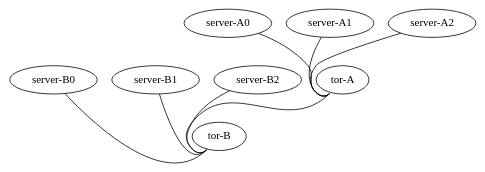
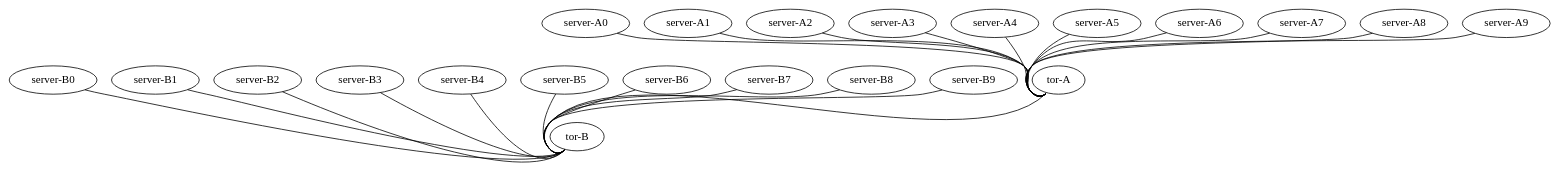
Before and after one commit to datacompucrs/DataCenter-1: the diagram in Vagrant/Get_Started/topology.dot, drawn with Graphviz. The commit also changed 3 other files, not shown here.

```diff
--- a/Vagrant/Get_Started/topology.dot
+++ b/Vagrant/Get_Started/topology.dot
@@ -1,20 +1,48 @@
 graph vx {
-"tor-A" [function="leaf" vagrant="eth1" os="hashicorp/bionic64" version="1.0.282" memory="" config="./helper_scripts/config_production_switch.sh" ]
-"server-A0" [function="host" vagrant="eth3" os="hashicorp/bionic64" version="1.0.282" memory="" config="./helper_scripts/config_production_server.sh" ]
-"server-A1" [function="host" vagrant="eth3" os="hashicorp/bionic64" version="1.0.282" memory="" config="./helper_scripts/config_production_server.sh" ]
-"server-A2" [function="host" vagrant="eth3" os="hashicorp/bionic64" version="1.0.282" memory="" config="./helper_scripts/config_production_server.sh" ]
+"tor-A" [function="leaf" vagrant="eth1" os="hashicorp/bionic64" version="1.0.282" memory="500" config="./helper_scripts/config_production_switch.sh" ]
+"server-A0" [function="host" vagrant="eth3" os="hashicorp/bionic64" version="1.0.282" memory="500" config="./helper_scripts/config_production_server.sh" ]
+"server-A1" [function="host" vagrant="eth3" os="hashicorp/bionic64" version="1.0.282" memory="500" config="./helper_scripts/config_production_server.sh" ]
+"server-A2" [function="host" vagrant="eth3" os="hashicorp/bionic64" version="1.0.282" memory="500" config="./helper_scripts/config_production_server.sh" ]
+"server-A3" [function="host" vagrant="eth3" os="hashicorp/bionic64" version="1.0.282" memory="500" config="./helper_scripts/config_production_server.sh" ]
+"server-A4" [function="host" vagrant="eth3" os="hashicorp/bionic64" version="1.0.282" memory="500" config="./helper_scripts/config_production_server.sh" ]
+"server-A5" [function="host" vagrant="eth3" os="hashicorp/bionic64" version="1.0.282" memory="500" config="./helper_scripts/config_production_server.sh" ]
+"server-A6" [function="host" vagrant="eth3" os="hashicorp/bionic64" version="1.0.282" memory="500" config="./helper_scripts/config_production_server.sh" ]
+"server-A7" [function="host" vagrant="eth3" os="hashicorp/bionic64" version="1.0.282" memory="500" config="./helper_scripts/config_production_server.sh" ]
+"server-A8" [function="host" vagrant="eth3" os="hashicorp/bionic64" version="1.0.282" memory="500" config="./helper_scripts/config_production_server.sh" ]
+"server-A9" [function="host" vagrant="eth3" os="hashicorp/bionic64" version="1.0.282" memory="500" config="./helper_scripts/config_production_server.sh" ]
 
-"tor-B" [function="leaf" vagrant="eth1" os="hashicorp/bionic64" version="1.0.282" memory="" config="./helper_scripts/config_production_switch.sh" ]
-"server-B0" [function="host" vagrant="eth3" os="hashicorp/bionic64" version="1.0.282" memory="" config="./helper_scripts/config_production_server.sh" ]
-"server-B1" [function="host" vagrant="eth3" os="hashicorp/bionic64" version="1.0.282" memory="" config="./helper_scripts/config_production_server.sh" ]
-"server-B2" [function="host" vagrant="eth3" os="hashicorp/bionic64" version="1.0.282" memory="" config="./helper_scripts/config_production_server.sh" ]
+"tor-B" [function="leaf" vagrant="eth1" os="hashicorp/bionic64" version="1.0.282" memory="500" config="./helper_scripts/config_production_switch.sh" ]
+"server-B0" [function="host" vagrant="eth3" os="hashicorp/bionic64" version="1.0.282" memory="500" config="./helper_scripts/config_production_server.sh" ]
+"server-B1" [function="host" vagrant="eth3" os="hashicorp/bionic64" version="1.0.282" memory="500" config="./helper_scripts/config_production_server.sh" ]
+"server-B2" [function="host" vagrant="eth3" os="hashicorp/bionic64" version="1.0.282" memory="500" config="./helper_scripts/config_production_server.sh" ]
+"server-B3" [function="host" vagrant="eth3" os="hashicorp/bionic64" version="1.0.282" memory="500" config="./helper_scripts/config_production_server.sh" ]
+"server-B4" [function="host" vagrant="eth3" os="hashicorp/bionic64" version="1.0.282" memory="500" config="./helper_scripts/config_production_server.sh" ]
+"server-B5" [function="host" vagrant="eth3" os="hashicorp/bionic64" version="1.0.282" memory="500" config="./helper_scripts/config_production_server.sh" ]
+"server-B6" [function="host" vagrant="eth3" os="hashicorp/bionic64" version="1.0.282" memory="500" config="./helper_scripts/config_production_server.sh" ]
+"server-B7" [function="host" vagrant="eth3" os="hashicorp/bionic64" version="1.0.282" memory="500" config="./helper_scripts/config_production_server.sh" ]
+"server-B8" [function="host" vagrant="eth3" os="hashicorp/bionic64" version="1.0.282" memory="500" config="./helper_scripts/config_production_server.sh" ]
+"server-B9" [function="host" vagrant="eth3" os="hashicorp/bionic64" version="1.0.282" memory="500" config="./helper_scripts/config_production_server.sh" ]
 
 "tor-A":"swp50" -- "tor-B":"swp49"
 
 "server-A0":"eth1" -- "tor-A":"swp1" [left_mac="00:01:00:11:11:01"]
 "server-A1":"eth1" -- "tor-A":"swp2" [left_mac="00:01:00:22:22:02"]
 "server-A2":"eth1" -- "tor-A":"swp3" [left_mac="00:01:00:33:33:03"]
+"server-A3":"eth1" -- "tor-A":"swp4" [left_mac="00:01:00:44:44:04"]
+"server-A4":"eth1" -- "tor-A":"swp5" [left_mac="00:01:00:55:55:05"]
+"server-A5":"eth1" -- "tor-A":"swp6" [left_mac="00:01:00:66:66:06"]
+"server-A6":"eth1" -- "tor-A":"swp7" [left_mac="00:01:00:77:77:07"]
+"server-A7":"eth1" -- "tor-A":"swp8" [left_mac="00:01:00:88:88:08"]
+"server-A8":"eth1" -- "tor-A":"swp9" [left_mac="00:01:00:99:99:09"]
+"server-A9":"eth1" -- "tor-A":"swp10" [left_mac="00:01:00:1010:1010:010"]
 "server-B0":"eth1" -- "tor-B":"swp1" [left_mac="00:02:00:11:11:01"]
 "server-B1":"eth1" -- "tor-B":"swp2" [left_mac="00:02:00:22:22:02"]
 "server-B2":"eth1" -- "tor-B":"swp3" [left_mac="00:02:00:33:33:03"]
+"server-B3":"eth1" -- "tor-B":"swp4" [left_mac="00:02:00:44:44:04"]
+"server-B4":"eth1" -- "tor-B":"swp5" [left_mac="00:02:00:55:55:05"]
+"server-B5":"eth1" -- "tor-B":"swp6" [left_mac="00:02:00:66:66:06"]
+"server-B6":"eth1" -- "tor-B":"swp7" [left_mac="00:02:00:77:77:07"]
+"server-B7":"eth1" -- "tor-B":"swp8" [left_mac="00:02:00:88:88:08"]
+"server-B8":"eth1" -- "tor-B":"swp9" [left_mac="00:02:00:99:99:09"]
+"server-B9":"eth1" -- "tor-B":"swp10" [left_mac="00:02:00:1010:1010:010"]
 }
```
